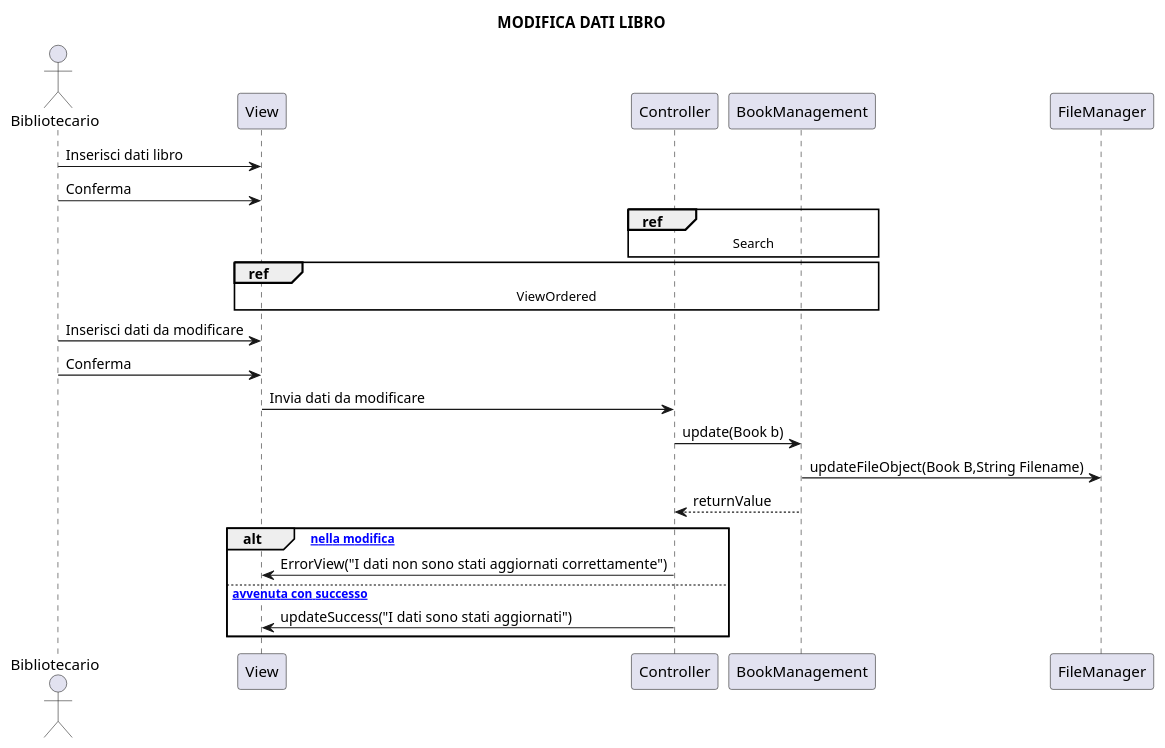
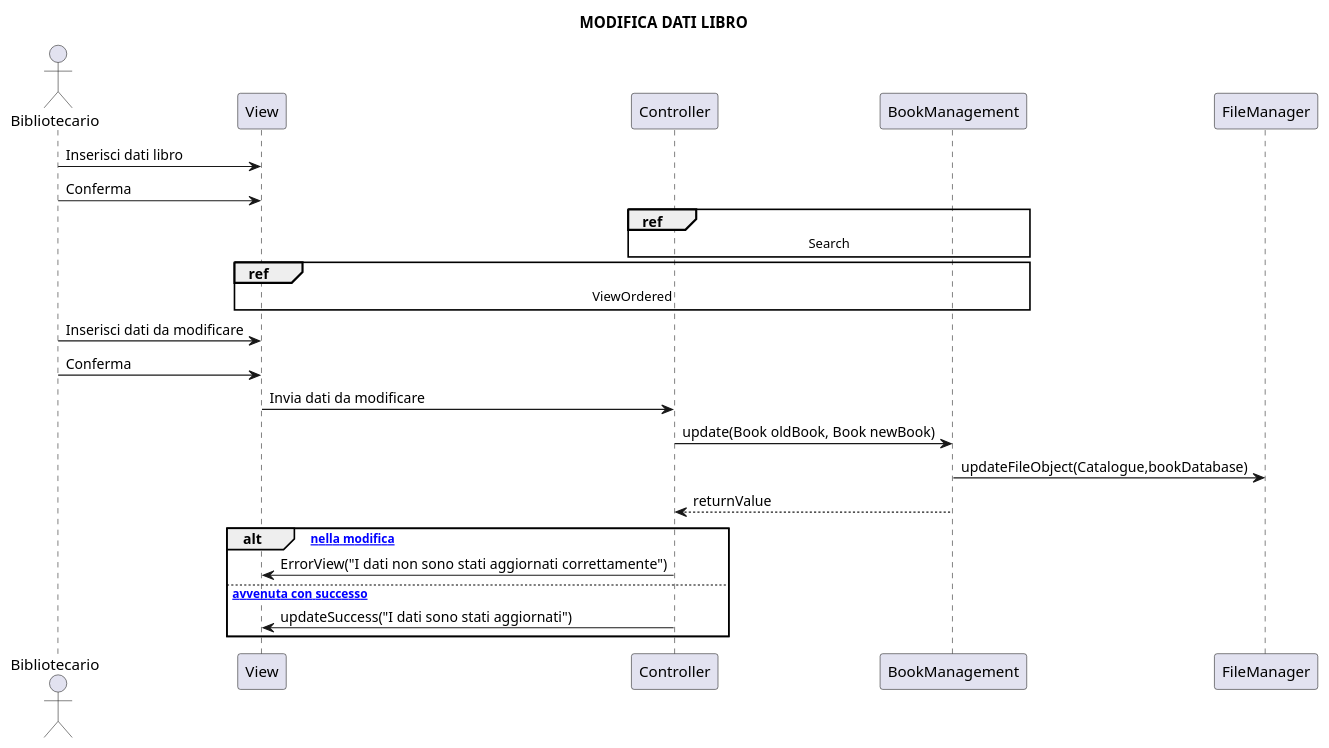
Before and after one commit to brunooliva7/Project-Ingegneria-del-Software14: the diagram in gruppo14BibliotecaUniversitaria/uml/ModificaLibro.puml, drawn with PlantUML. The commit also changed other lines of this file and 10 other files, not shown here.

```diff
--- a/gruppo14BibliotecaUniversitaria/uml/ModificaLibro.puml
+++ b/gruppo14BibliotecaUniversitaria/uml/ModificaLibro.puml
@@ -1,37 +1,37 @@
 @startuml
 title MODIFICA DATI LIBRO
 
 actor Bibliotecario
 participant View
 participant Controller 
 participant BookManagement
 participant FileManager
 
 Bibliotecario -> View: Inserisci dati libro
 Bibliotecario -> View: Conferma
 
 ref over Controller, BookManagement
   Search
 end ref
 
 ref over View,Controller,BookManagement
  ViewOrdered
 end
 
 Bibliotecario -> View : Inserisci dati da modificare
 Bibliotecario -> View : Conferma
 
 View -> Controller : Invia dati da modificare
-Controller -> BookManagement : update(Book b)
+Controller -> BookManagement : update(Book oldBook, Book newBook)
 
-BookManagement -> FileManager: updateFileObject(Book B,String Filename)
+BookManagement -> FileManager: updateFileObject(Catalogue,bookDatabase)
 BookManagement --> Controller: returnValue
 
 alt [ Errore nella modifica]
   Controller -> View: ErrorView("I dati non sono stati aggiornati correttamente")
 
 else [ Modifica avvenuta con successo]
   Controller -> View: updateSuccess("I dati sono stati aggiornati")
 end
 
 @enduml
```
